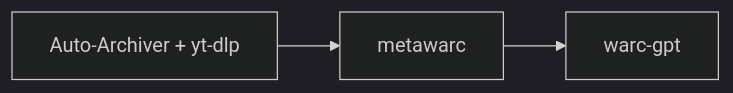
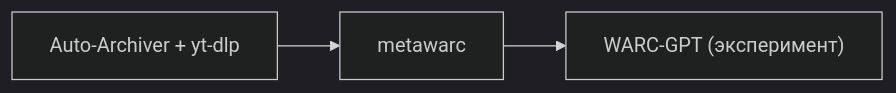
One commit to ruarxive/ruarxive.github.io changed the fifth of 7 diagrams in kb/instruments/landscape-2026.md. Above: the diagram before and after it, drawn with Mermaid (dark theme). The commit also changed other lines of this file and 200 other files, not shown here.

````diff
--- a/kb/instruments/landscape-2026.md
+++ b/kb/instruments/landscape-2026.md
@@ -277,4 +287,4 @@
 ```mermaid
 flowchart LR
-    A["Auto-Archiver + yt-dlp"] --> B["metawarc"] --> C["warc-gpt"]
+    A["Auto-Archiver + yt-dlp"] --> B["metawarc"] --> C["WARC-GPT (эксперимент)"]
 ```
````
